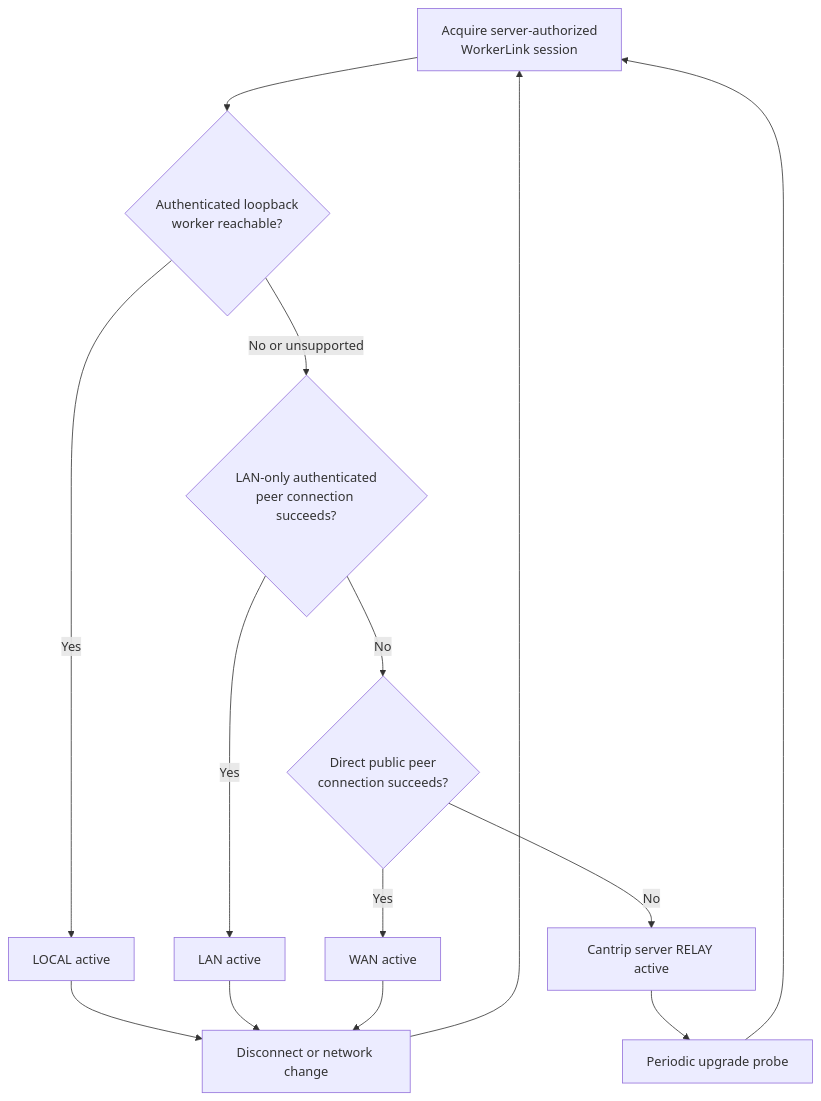
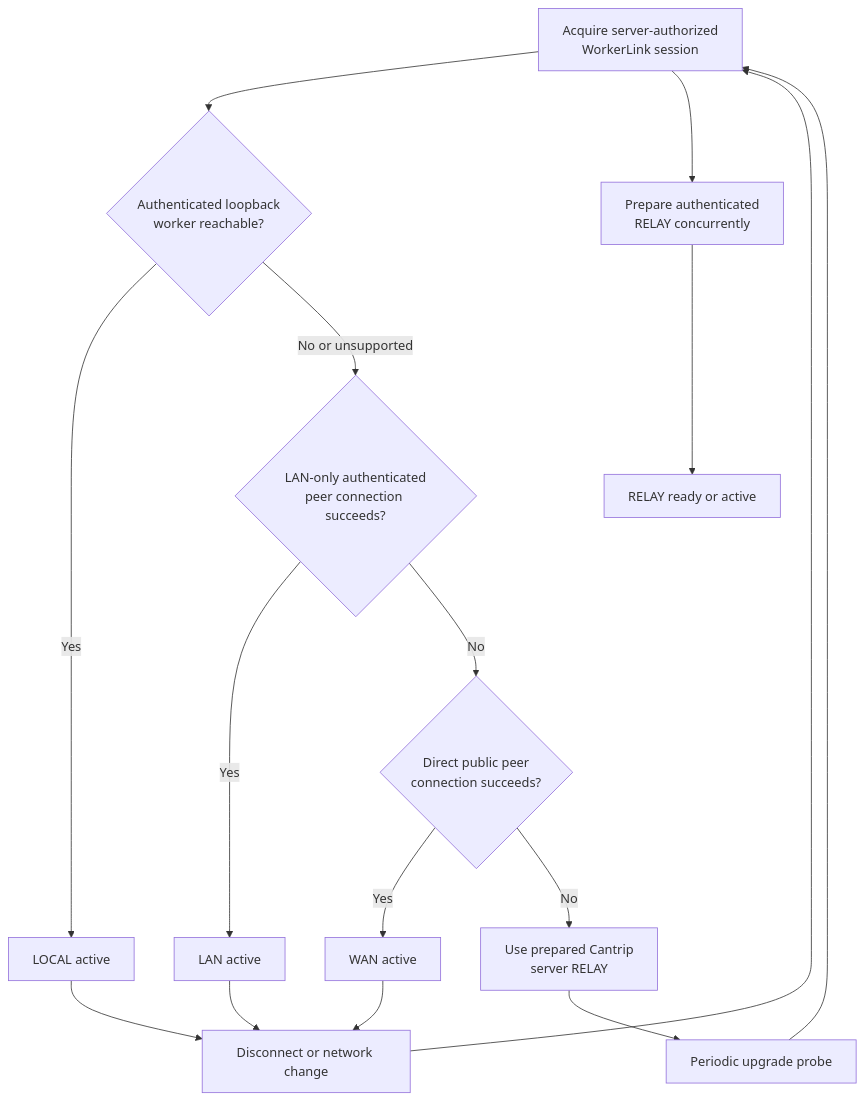
The second of 6 diagrams in docs/NETWORK.md (ArcaneArts/Cantrip), drawn with Mermaid before and after one commit. The commit also changed other lines of this file and 20 other files, not shown here.

````diff
--- a/docs/NETWORK.md
+++ b/docs/NETWORK.md
@@ -158,17 +158,19 @@
 ```mermaid
 flowchart TD
     START["Acquire server-authorized<br/>WorkerLink session"] --> LOCAL{"Authenticated loopback<br/>worker reachable?"}
+    START --> RELAY_PREP["Prepare authenticated<br/>RELAY concurrently"]
     LOCAL -->|Yes| LOCAL_ACTIVE["LOCAL active"]
     LOCAL -->|No or unsupported| LAN{"LAN-only authenticated<br/>peer connection succeeds?"}
     LAN -->|Yes| LAN_ACTIVE["LAN active"]
     LAN -->|No| WAN{"Direct public peer<br/>connection succeeds?"}
     WAN -->|Yes| WAN_ACTIVE["WAN active"]
-    WAN -->|No| RELAY["Cantrip server RELAY active"]
+    WAN -->|No| RELAY["Use prepared Cantrip<br/>server RELAY"]
+    RELAY_PREP --> RELAY_READY["RELAY ready or active"]
 
     LOCAL_ACTIVE --> CHANGE["Disconnect or network change"]
     LAN_ACTIVE --> CHANGE
     WAN_ACTIVE --> CHANGE
     RELAY --> RETRY["Periodic upgrade probe"]
     CHANGE --> START
     RETRY --> START
 ```
````
